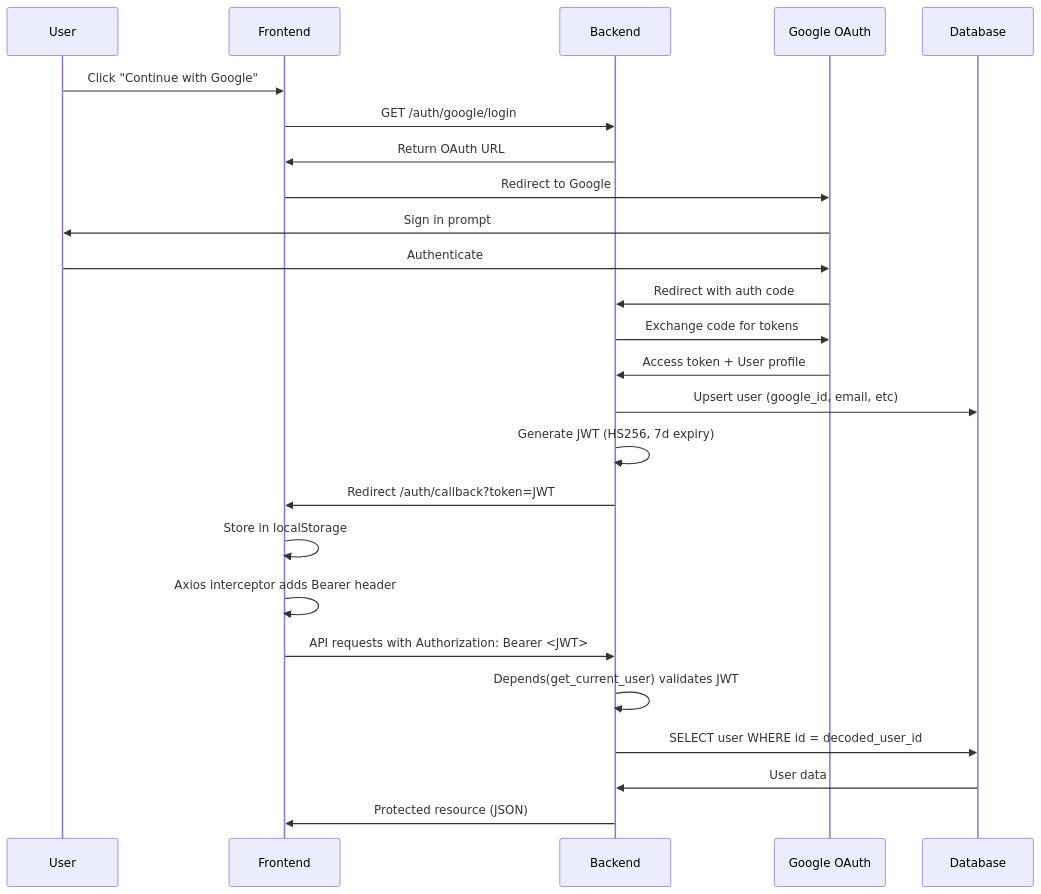
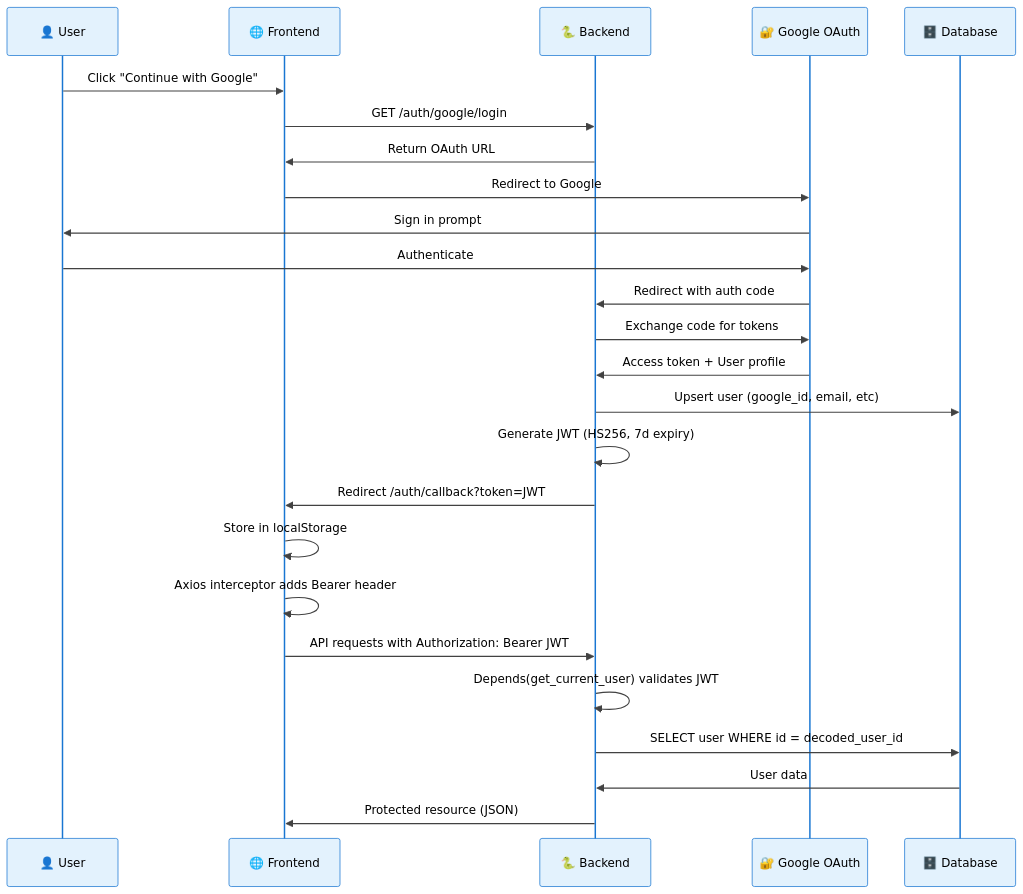
Before and after one commit to shra1-honade/protein-calorie-tracker: the fourth of 6 diagrams in docs/ARCHITECTURE.md, drawn with Mermaid. The commit also changed other lines of this file, not shown here.

First line of the commit message:
Improve Mermaid diagram styling with better colors

````diff
--- a/docs/ARCHITECTURE.md
+++ b/docs/ARCHITECTURE.md
@@ -119,28 +122,29 @@
 ```mermaid
+%%{init: {'theme':'base', 'themeVariables': { 'actorBkg':'#E3F2FD','actorBorder':'#1976D2','actorTextColor':'#000','signalColor':'#424242','signalTextColor':'#000','labelBoxBkgColor':'#FFF9C4','labelBoxBorderColor':'#F57C00','labelTextColor':'#000','loopTextColor':'#000','noteBkgColor':'#FFEBEE','noteBorderColor':'#D32F2F','noteTextColor':'#000'}}}%%
 sequenceDiagram
-    participant U as User
-    participant F as Frontend
-    participant B as Backend
-    participant G as Google OAuth
-    participant D as Database
+    participant U as 👤 User
+    participant F as 🌐 Frontend
+    participant B as 🐍 Backend
+    participant G as 🔐 Google OAuth
+    participant D as 🗄️ Database
 
     U->>F: Click "Continue with Google"
     F->>B: GET /auth/google/login
     B->>F: Return OAuth URL
     F->>G: Redirect to Google
     G->>U: Sign in prompt
     U->>G: Authenticate
     G->>B: Redirect with auth code
     B->>G: Exchange code for tokens
     G->>B: Access token + User profile
     B->>D: Upsert user (google_id, email, etc)
     B->>B: Generate JWT (HS256, 7d expiry)
     B->>F: Redirect /auth/callback?token=JWT
     F->>F: Store in localStorage
     F->>F: Axios interceptor adds Bearer header
-    F->>B: API requests with Authorization: Bearer <JWT>
+    F->>B: API requests with Authorization: Bearer JWT
     B->>B: Depends(get_current_user) validates JWT
     B->>D: SELECT user WHERE id = decoded_user_id
     D->>B: User data
     B->>F: Protected resource (JSON)
 ```
````
